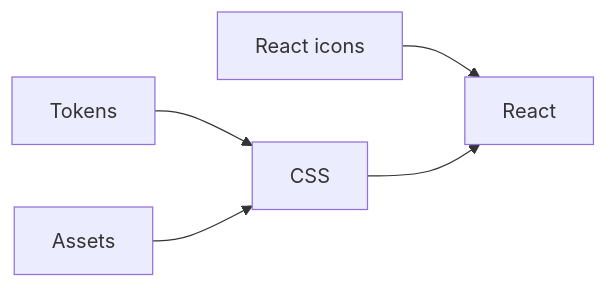
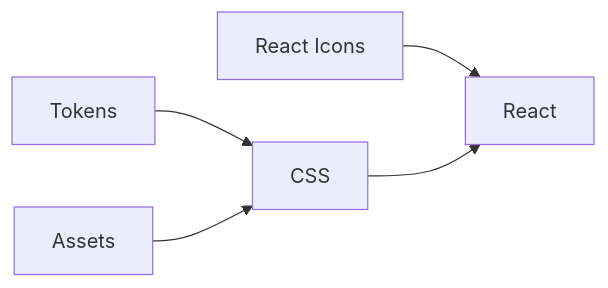
The diagram in documentation/publishing.md (Amsterdam/design-system), drawn with Mermaid before and after one commit. The commit also changed other lines of this file, not shown here.

````diff
--- a/documentation/publishing.md
+++ b/documentation/publishing.md
@@ -75,7 +75,7 @@
 ```mermaid
 graph LR
-  RI["React icons"] --> React
+  RI["React Icons"] --> React
   Tokens --> CSS
   Assets --> CSS
   CSS --> React
 ```
````
